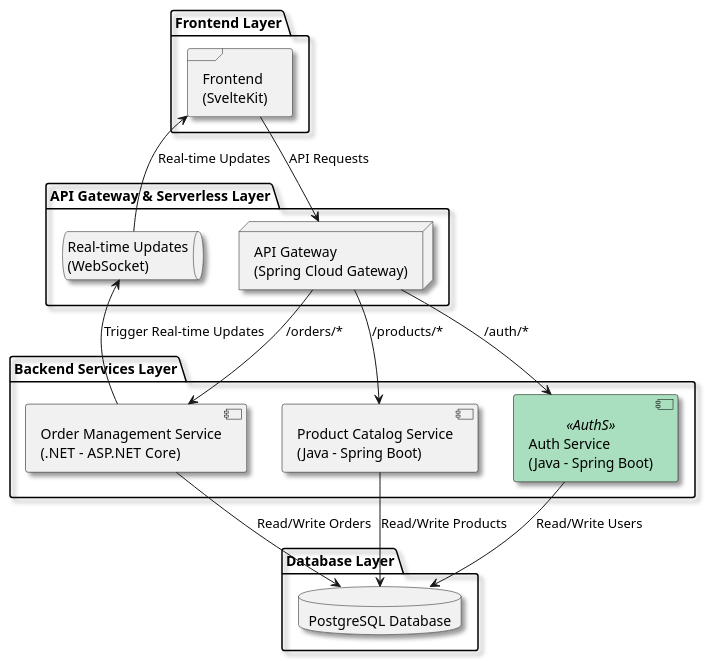
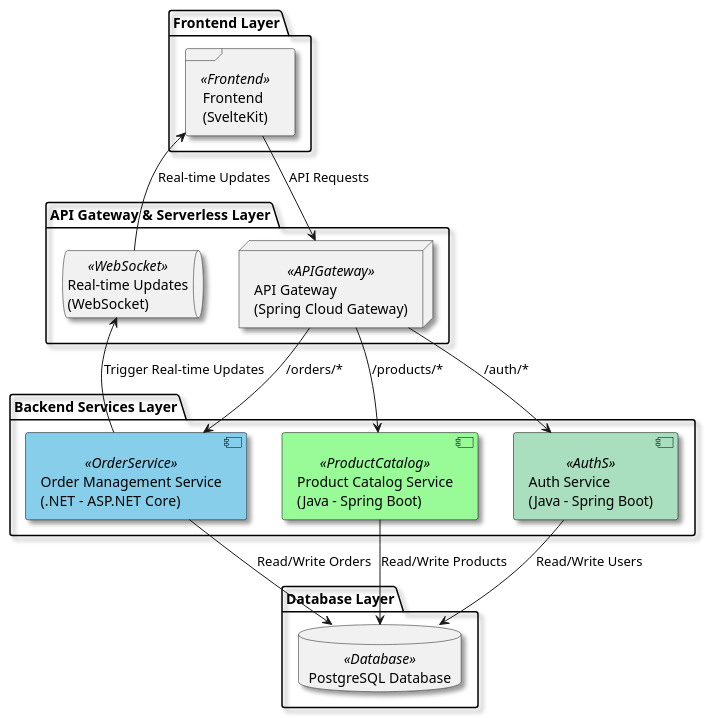
Before and after one commit to JohnCubides/Linktic: the diagram in infrastructure.puml, drawn with PlantUML. The commit also changed 2 other files, not shown here.

```diff
--- a/infrastructure.puml
+++ b/infrastructure.puml
@@ -1,54 +1,62 @@
 @startuml
 
 ' Visual settings
 skinparam shadowing true
 skinparam rectangle {
     BackgroundColor white
     BorderColor black
     RoundCorner 15
 }
+
+' Custom colors for each component
 skinparam component {
+    BackgroundColor<<Frontend>> #ADD8E6
+    BackgroundColor<<APIGateway>> #FFD700
+    BackgroundColor<<WebSocket>> #FF6347
+    BackgroundColor<<ProductCatalog>> #98FB98
+    BackgroundColor<<OrderService>> #87CEEB
     BackgroundColor<<AuthS>> #A9DFBF
+    BackgroundColor<<Database>> #DDA0DD
     BorderColor black
 }
 
 ' Define top-to-bottom flow
 top to bottom direction
 
 ' Frontend Layer
 package "Frontend Layer" {
-    frame "Frontend\n(SvelteKit)" as FE
+    frame "Frontend\n(SvelteKit)" as FE <<Frontend>>
 }
 
 ' API Gateway and Serverless Layer
 package "API Gateway & Serverless Layer" {
-    node "API Gateway\n(Spring Cloud Gateway)" as APIGW
-    queue "Real-time Updates\n(WebSocket)" as SF
+    node "API Gateway\n(Spring Cloud Gateway)" as APIGW <<APIGateway>>
+    queue "Real-time Updates\n(WebSocket)" as SF <<WebSocket>>
 }
 
 ' Backend Services Layer
 package "Backend Services Layer" {
-    component "Product Catalog Service\n(Java - Spring Boot)" as PCS
-    component "Order Management Service\n(.NET - ASP.NET Core)" as OMS
+    component "Product Catalog Service\n(Java - Spring Boot)" as PCS <<ProductCatalog>>
+    component "Order Management Service\n(.NET - ASP.NET Core)" as OMS <<OrderService>>
     component "Auth Service\n(Java - Spring Boot)" as AuthS <<AuthS>>
 }
 
 ' Database Layer
 package "Database Layer" {
-    database "PostgreSQL Database" as DB
+    database "PostgreSQL Database" as DB <<Database>>
 }
 
 ' Connections between components
 FE --> APIGW : API Requests
 APIGW --> PCS : /products/*
 APIGW --> OMS : /orders/*
 APIGW --> AuthS : /auth/*
 
 PCS --> DB : Read/Write Products
 OMS --> DB : Read/Write Orders
 AuthS --> DB : Read/Write Users
 
 OMS --> SF : Trigger Real-time Updates
 FE <-- SF : Real-time Updates
 
 @enduml
```
